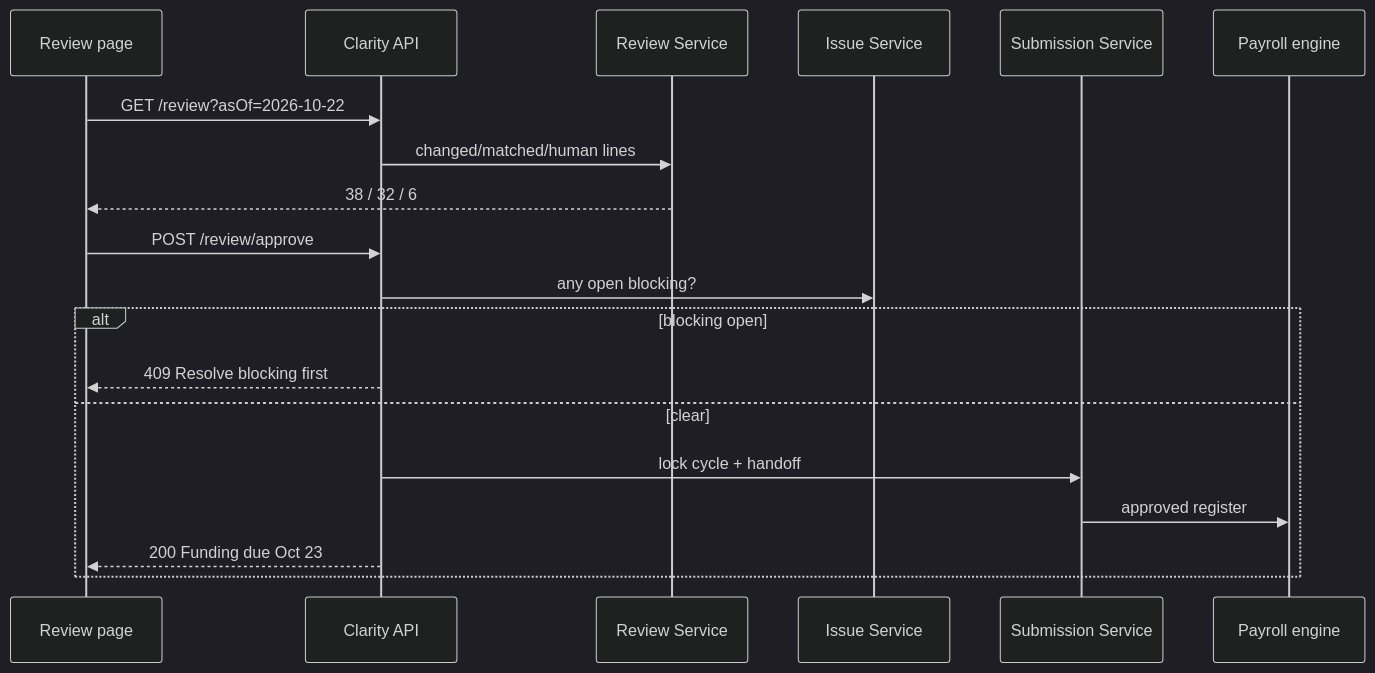
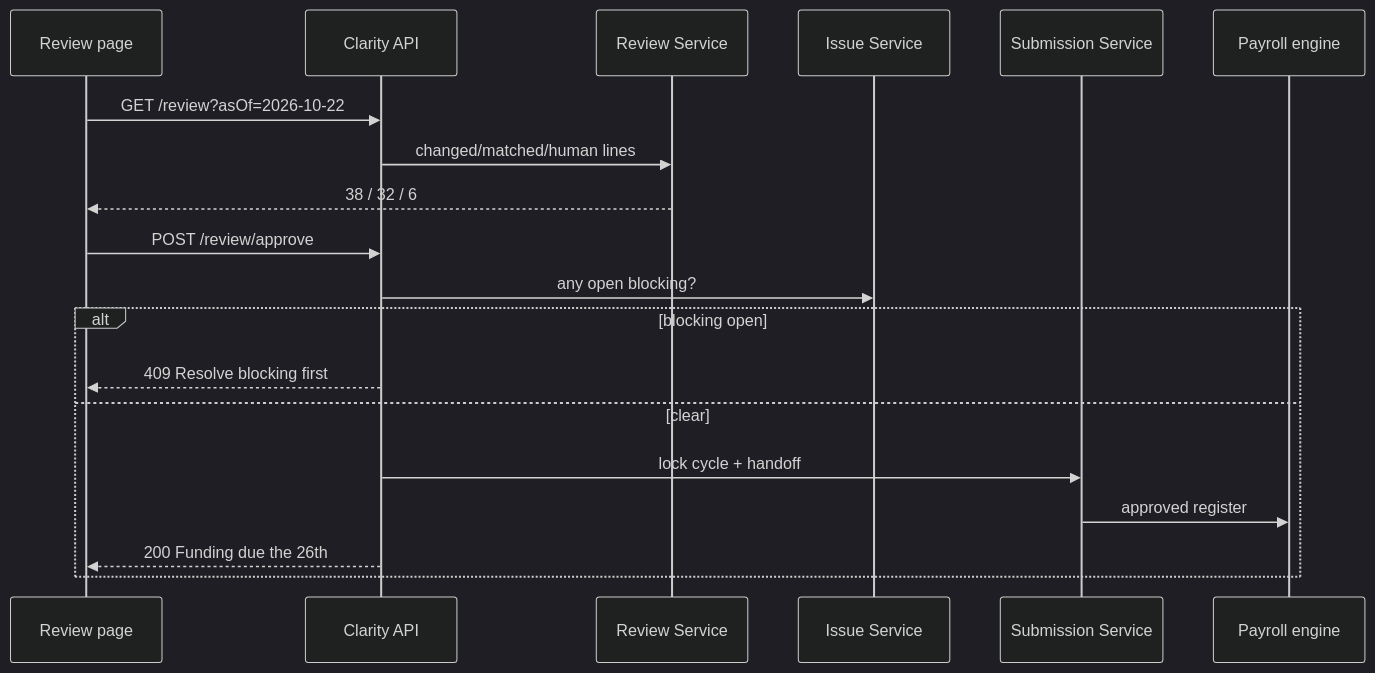
One commit to Charu1806/MultiplierPayrollHRPortal changed the seventh of 10 diagrams in architecture.md. Above: the diagram before and after it, drawn with Mermaid (dark theme). The commit also changed other lines of this file and 8 other files, not shown here.

````diff
--- a/architecture.md
+++ b/architecture.md
@@ -325,22 +325,22 @@
 ```mermaid
 sequenceDiagram
     participant UI as Review page
     participant API as Clarity API
     participant Rev as Review Service
     participant Issue as Issue Service
     participant Sub as Submission Service
     participant Eng as Payroll engine
 
     UI->>API: GET /review?asOf=2026-10-22
     API->>Rev: changed/matched/human lines
     Rev-->>UI: 38 / 32 / 6
     UI->>API: POST /review/approve
     API->>Issue: any open blocking?
     alt blocking open
         API-->>UI: 409 Resolve blocking first
     else clear
         API->>Sub: lock cycle + handoff
         Sub->>Eng: approved register
-        API-->>UI: 200 Funding due Oct 23
+        API-->>UI: 200 Funding due the 26th
     end
 ```
````
